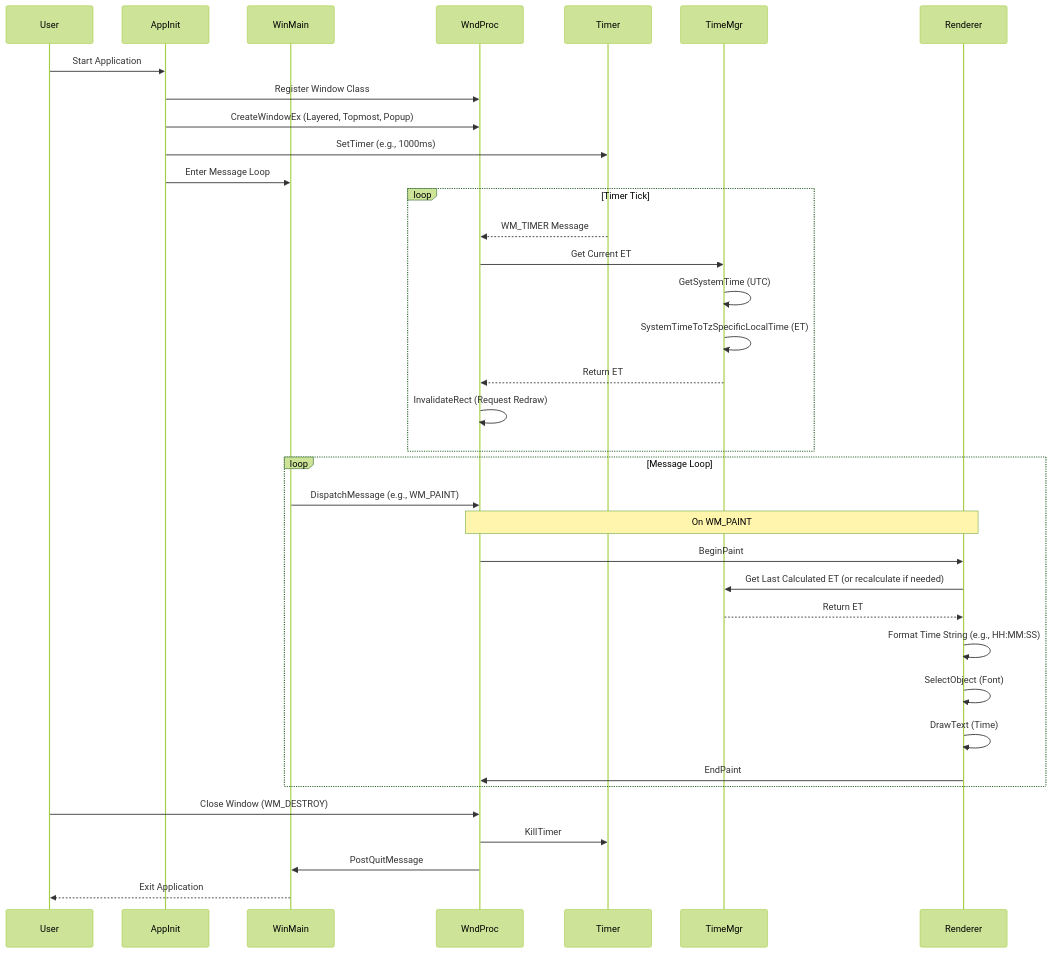
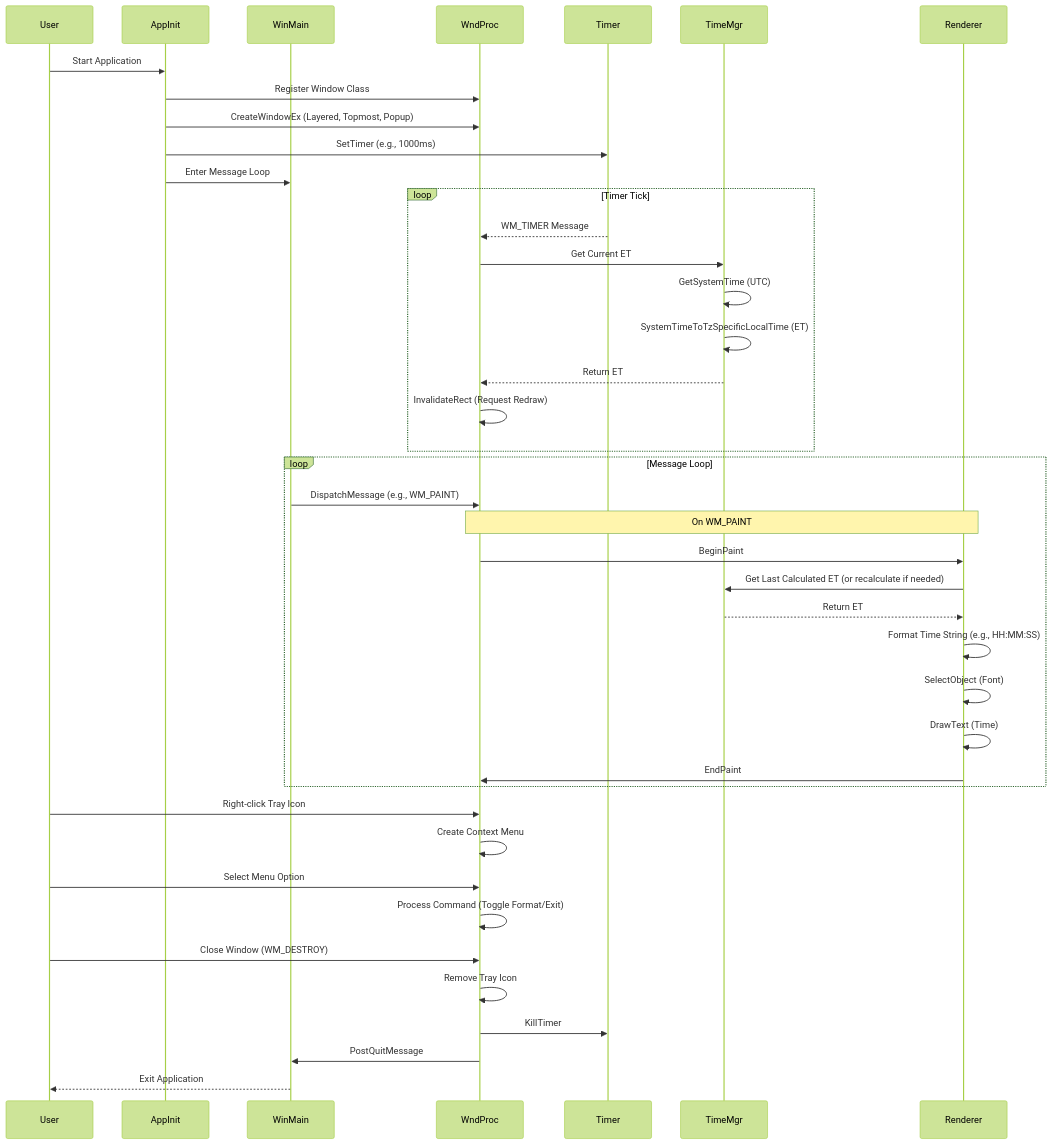
Before and after one commit to bitcode/windows-est-clock: the diagram in Path.md, drawn with Mermaid (forest theme). The commit also changed other lines of this file and 3 other files, not shown here.

First line of the commit message:
feat: Implement time display with system tray icon, draggable window, and format toggle

````diff
--- a/Path.md
+++ b/Path.md
@@ -29,42 +34,48 @@
 ```mermaid
 sequenceDiagram
     participant User
     participant AppInit
     participant WinMain
     participant WndProc
     participant Timer
     participant TimeMgr
     participant Renderer
 
     User->>AppInit: Start Application
     AppInit->>WndProc: Register Window Class
     AppInit->>WndProc: CreateWindowEx (Layered, Topmost, Popup)
     AppInit->>Timer: SetTimer (e.g., 1000ms)
     AppInit->>WinMain: Enter Message Loop
 
     loop Timer Tick
         Timer-->>WndProc: WM_TIMER Message
         WndProc->>TimeMgr: Get Current ET
         TimeMgr->>TimeMgr: GetSystemTime (UTC)
         TimeMgr->>TimeMgr: SystemTimeToTzSpecificLocalTime (ET)
         TimeMgr-->>WndProc: Return ET
         WndProc->>WndProc: InvalidateRect (Request Redraw)
     end
 
     loop Message Loop
         WinMain->>WndProc: DispatchMessage (e.g., WM_PAINT)
         Note over WndProc, Renderer: On WM_PAINT
         WndProc->>Renderer: BeginPaint
         Renderer->>TimeMgr: Get Last Calculated ET (or recalculate if needed)
         TimeMgr-->>Renderer: Return ET
         Renderer->>Renderer: Format Time String (e.g., HH:MM:SS)
         Renderer->>Renderer: SelectObject (Font)
         Renderer->>Renderer: DrawText (Time)
         Renderer->>WndProc: EndPaint
     end
 
+    User->>WndProc: Right-click Tray Icon
+    WndProc->>WndProc: Create Context Menu
+    User->>WndProc: Select Menu Option
+    WndProc->>WndProc: Process Command (Toggle Format/Exit)
+    
     User->>WndProc: Close Window (WM_DESTROY)
+    WndProc->>WndProc: Remove Tray Icon
     WndProc->>Timer: KillTimer
     WndProc->>WinMain: PostQuitMessage
     WinMain-->>User: Exit Application
 ```
````
